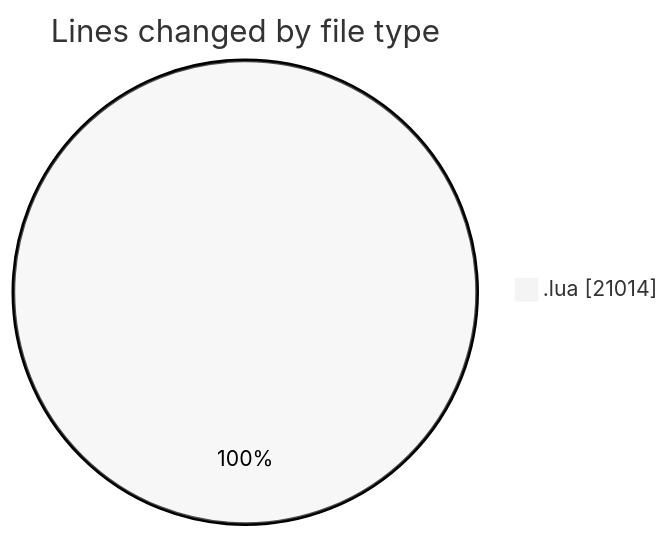
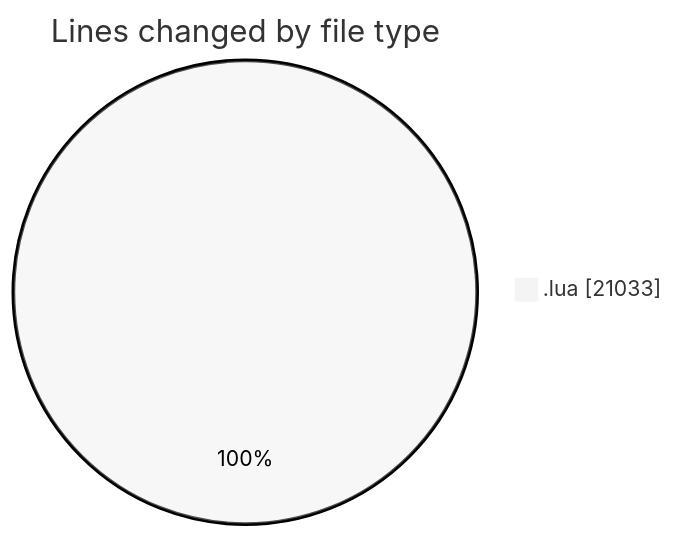
The first of 2 diagrams in 2025-01-02/mods/README.md (3Nya3/code-tracking), drawn with Mermaid (neutral theme) before and after one commit. The commit also changed other lines of this file and 1 other file, not shown here.

````diff
--- a/2025-01-02/mods/README.md
+++ b/2025-01-02/mods/README.md
@@ -21,5 +21,5 @@
 ```mermaid
 pie showData
 title Lines changed by file type
-".lua" : 21014
+".lua" : 21033
 ```
````
